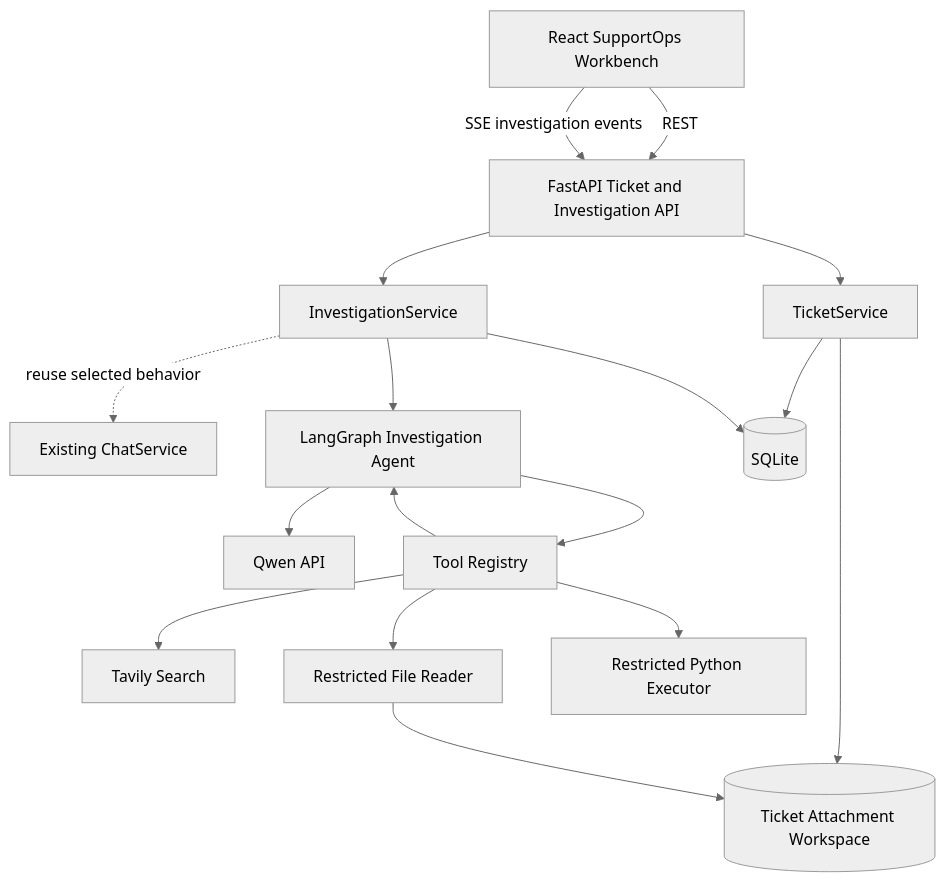
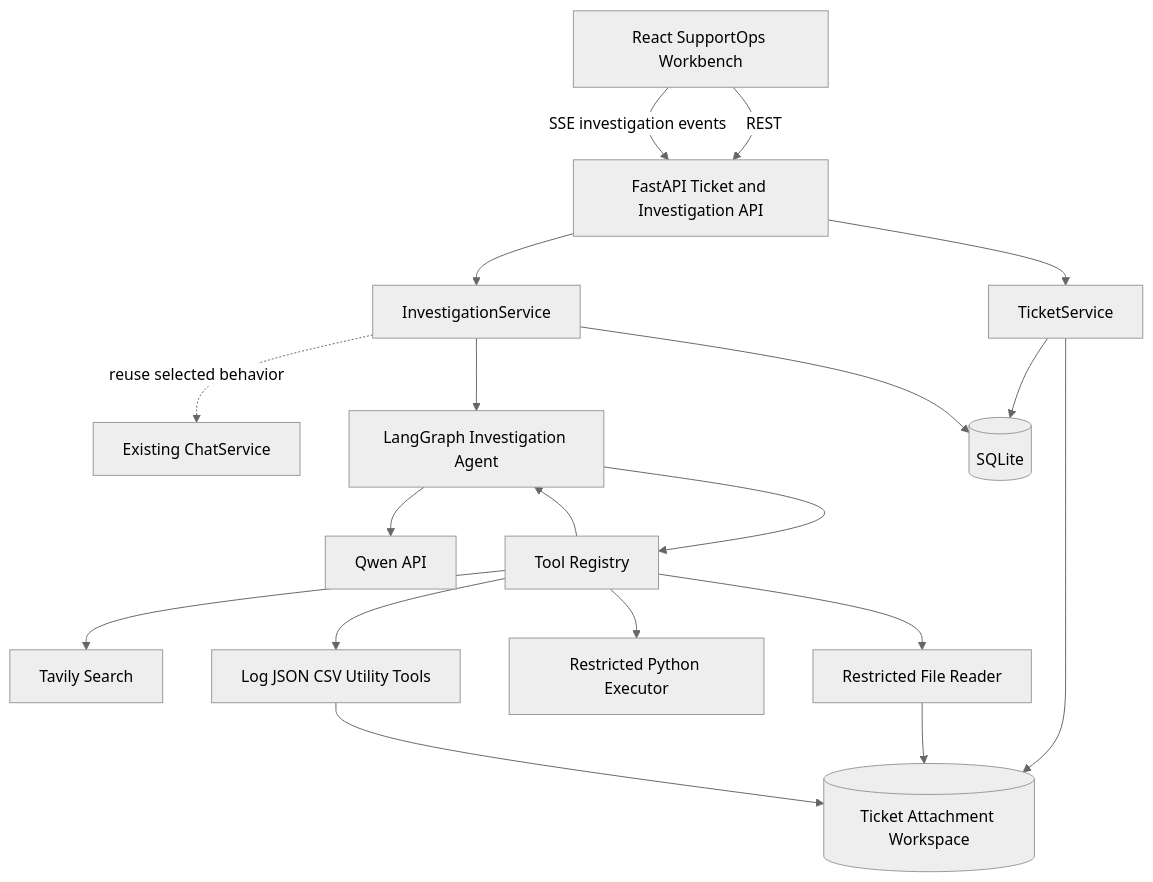
Before and after one commit to NIYAOYE/triageops-agent-Lab: the second of 3 diagrams in SUPPORTOPS_EVOLUTION_PLAN.md, drawn with Mermaid (neutral theme). The commit also changed other lines of this file and 10 other files, not shown here.

````diff
--- a/SUPPORTOPS_EVOLUTION_PLAN.md
+++ b/SUPPORTOPS_EVOLUTION_PLAN.md
@@ -99,33 +99,36 @@
 ```mermaid
 flowchart TB
     UI[React SupportOps Workbench]
     API[FastAPI Ticket and Investigation API]
     TS[TicketService]
     IS[InvestigationService]
     CS[Existing ChatService]
     AG[LangGraph Investigation Agent]
     Q[Qwen API]
     TR[Tool Registry]
     TV[Tavily Search]
     FR[Restricted File Reader]
     PY[Restricted Python Executor]
+    UT[Log JSON CSV Utility Tools]
     DB[(SQLite)]
     FS[(Ticket Attachment Workspace)]
 
     UI -->|REST| API
     UI -->|SSE investigation events| API
     API --> TS
     API --> IS
     TS --> DB
     TS --> FS
     IS --> DB
     IS --> AG
     IS -. reuse selected behavior .-> CS
     AG --> Q
     AG --> TR
     TR --> TV
     TR --> FR
     TR --> PY
+    TR --> UT
     FR --> FS
+    UT --> FS
     TR --> AG
 ```
````
